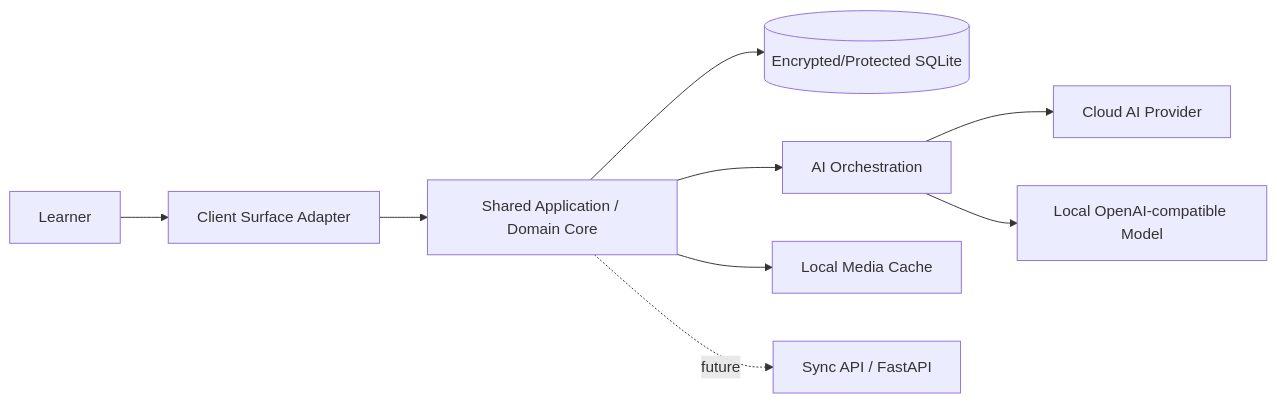
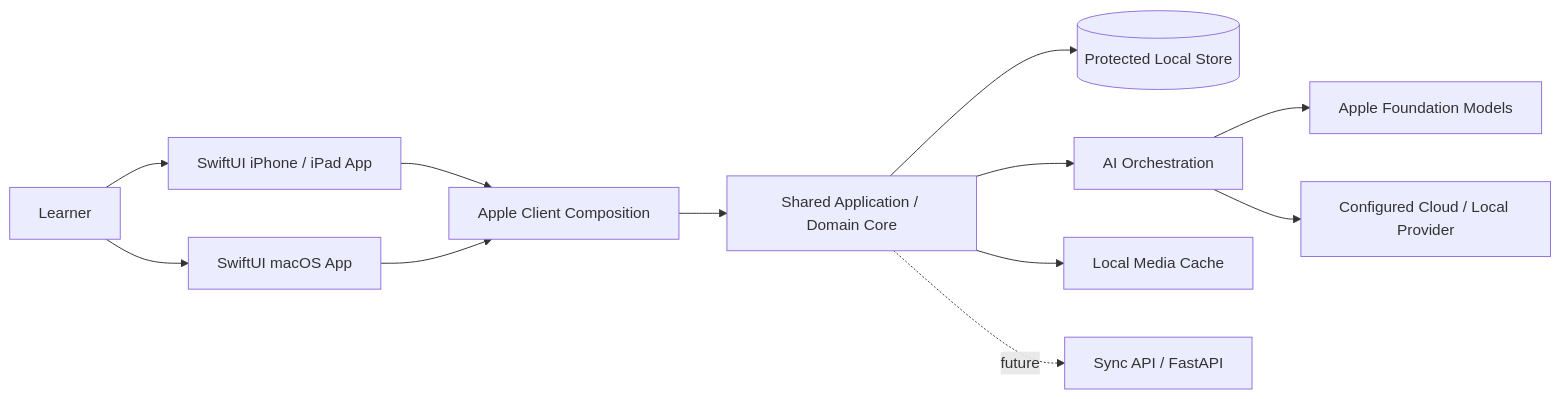
Before and after one commit to rtsysEmbedded/LinguaBrain-AI: the first of 3 diagrams in docs/11_Technical_Architecture.md, drawn with Mermaid. The commit also changed other lines of this file and 19 other files, not shown here.

Commit message:
docs: migrate architecture to native Apple platforms

````diff
--- a/docs/11_Technical_Architecture.md
+++ b/docs/11_Technical_Architecture.md
@@ -27,11 +28,14 @@
 ```mermaid
 flowchart LR
-    U[Learner] --> CLIENT["Client Surface Adapter"]
+    U[Learner] --> IOS["SwiftUI iPhone / iPad App"]
+    U --> MAC["SwiftUI macOS App"]
+    IOS --> CLIENT["Apple Client Composition"]
+    MAC --> CLIENT
     CLIENT --> CORE["Shared Application / Domain Core"]
-    CORE --> DB[("Encrypted/Protected SQLite")]
+    CORE --> DB[("Protected Local Store")]
     CORE --> AI[AI Orchestration]
-    AI --> CLOUD[Cloud AI Provider]
-    AI --> LOCAL[Local OpenAI-compatible Model]
+    AI --> APPLE["Apple Foundation Models"]
+    AI --> CLOUD["Configured Cloud / Local Provider"]
     CORE --> MEDIA[Local Media Cache]
     CORE -. future .-> SYNC["Sync API / FastAPI"]
 ```
````
